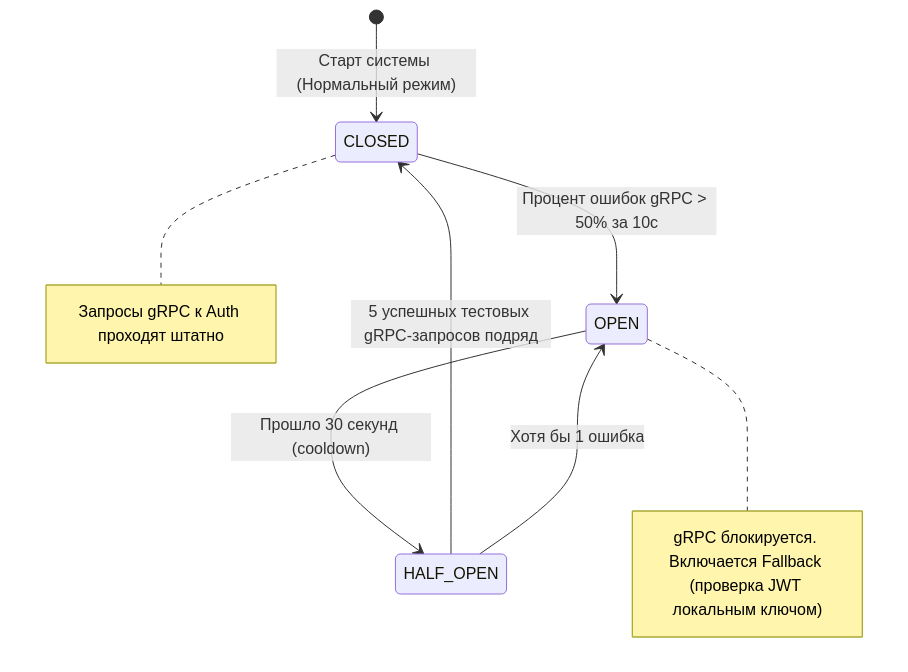
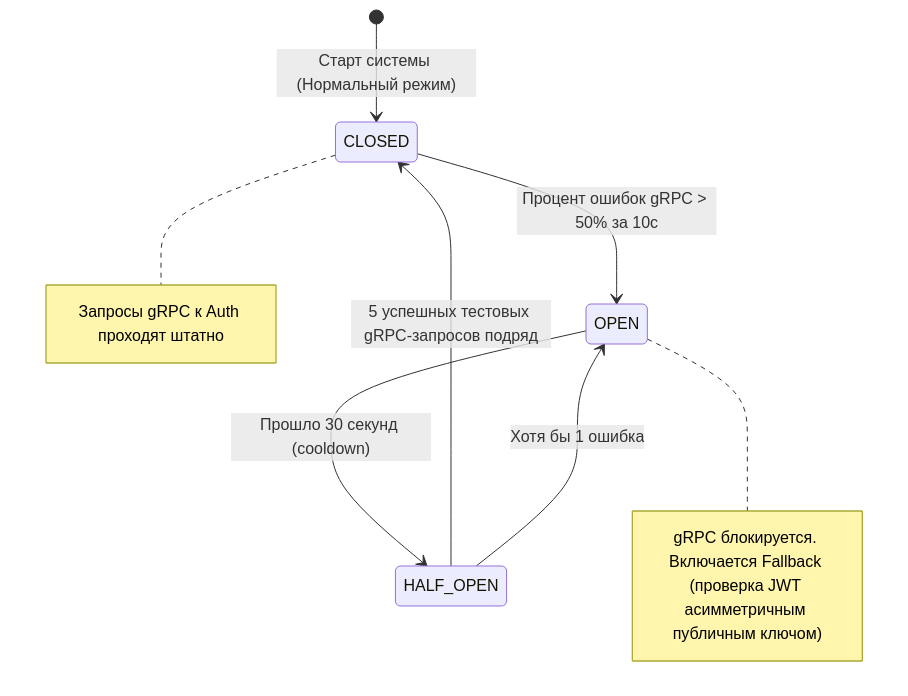
The fifth of 6 diagrams in docs/project_overview.md (mathalama/mathalama.edu), drawn with Mermaid before and after one commit. The commit also changed other lines of this file and 55 other files, not shown here.

````diff
--- a/docs/project_overview.md
+++ b/docs/project_overview.md
@@ -146,10 +146,10 @@
 ```mermaid
 stateDiagram-v2
     [*] --> CLOSED : Старт системы (Нормальный режим)
     CLOSED --> OPEN : Процент ошибок gRPC > 50% за 10с
     Note right of CLOSED : Запросы gRPC к Auth проходят штатно
     OPEN --> HALF_OPEN : Прошло 30 секунд (cooldown)
-    Note right of OPEN : gRPC блокируется. Включается Fallback (проверка JWT локальным ключом)
+    Note right of OPEN : gRPC блокируется. Включается Fallback (проверка JWT асимметричным публичным ключом)
     HALF_OPEN --> CLOSED : 5 успешных тестовых gRPC-запросов подряд
     HALF_OPEN --> OPEN : Хотя бы 1 ошибка
 ```
````
